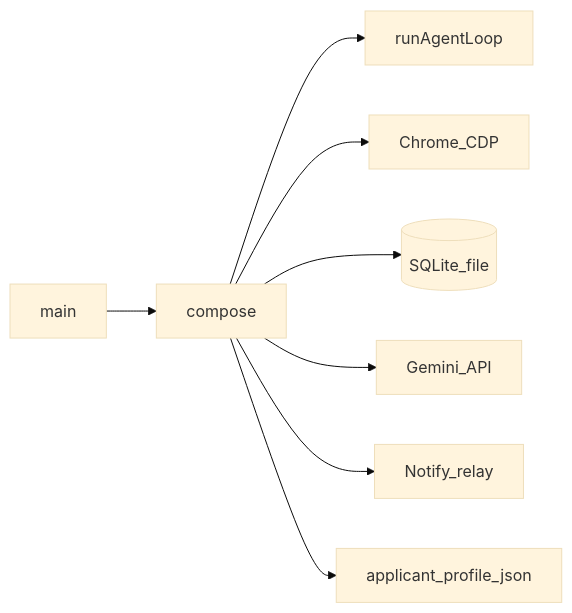
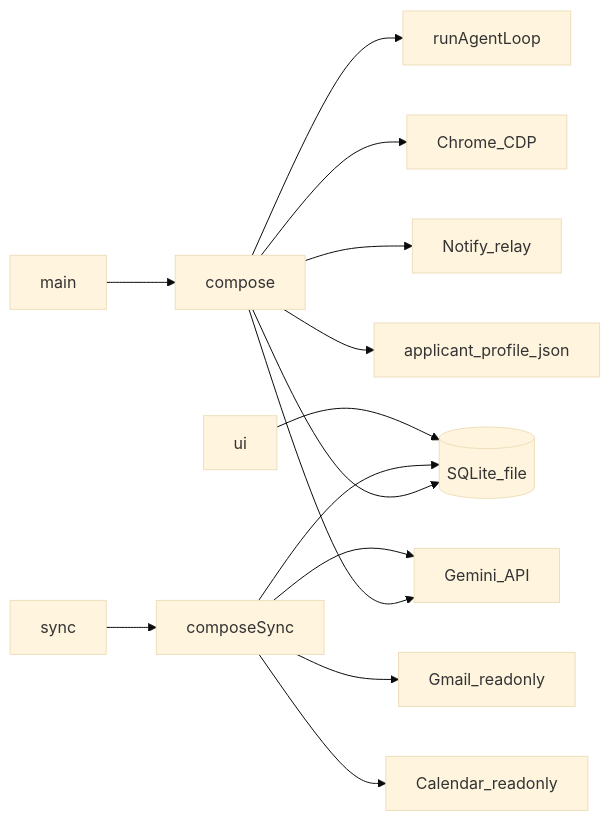
Before and after one commit to shinnenkara/wohn-agent: the first of 2 diagrams in docs/architecture.md, drawn with Mermaid (base theme). The commit also changed other lines of this file and 56 other files, not shown here.

````diff
--- a/docs/architecture.md
+++ b/docs/architecture.md
@@ -7,19 +9,30 @@
 ```mermaid
 flowchart LR
   main[main]
   compose[compose]
   loop[runAgentLoop]
+  syncMain[sync]
+  composeSync[composeSync]
+  ui[ui]
   chrome[Chrome_CDP]
   sqlite[(SQLite_file)]
   gemini[Gemini_API]
+  gmail[Gmail_readonly]
+  calendar[Calendar_readonly]
   relay[Notify_relay]
   profile[applicant_profile_json]
 
   main --> compose
   compose --> loop
   compose --> chrome
   compose --> sqlite
   compose --> gemini
   compose --> relay
   compose --> profile
+  syncMain --> composeSync
+  composeSync --> sqlite
+  composeSync --> gmail
+  composeSync --> calendar
+  composeSync --> gemini
+  ui --> sqlite
 ```
````
